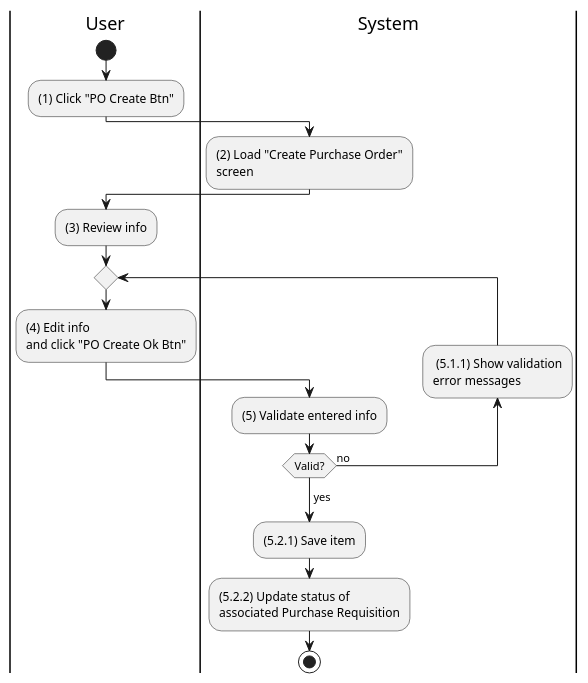
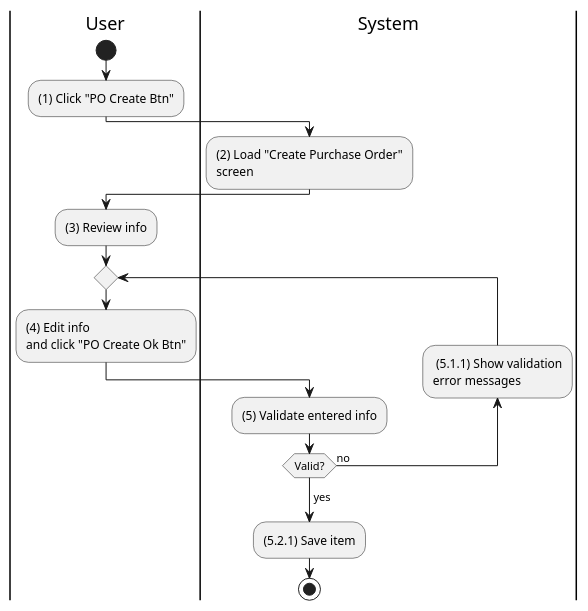
Before and after one commit to phihungha/scmss-reqs: the diagram in activities/purchase-order-create.plantuml, drawn with PlantUML. The commit also changed 5 other files, not shown here.

```diff
--- a/activities/purchase-order-create.plantuml
+++ b/activities/purchase-order-create.plantuml
@@ -1,25 +1,24 @@
 @startuml purchase-order-create
 |u|User
 |s|System
 
 |u|
 start
 :(1) Click "PO Create Btn";
 
 |s|
 :(2) Load "Create Purchase Order"\nscreen;
 
 |u|
 :(3) Review info;
 repeat
     :(4) Edit info\nand click "PO Create Ok Btn";
 
     |s|
     :(5) Validate entered info;
     backward: (5.1.1) Show validation\nerror messages;
 repeat while (Valid?) is (no)
 ->yes;
 :(5.2.1) Save item;
-:(5.2.2) Update status of\nassociated Purchase Requisition;
 stop
 @enduml
```
